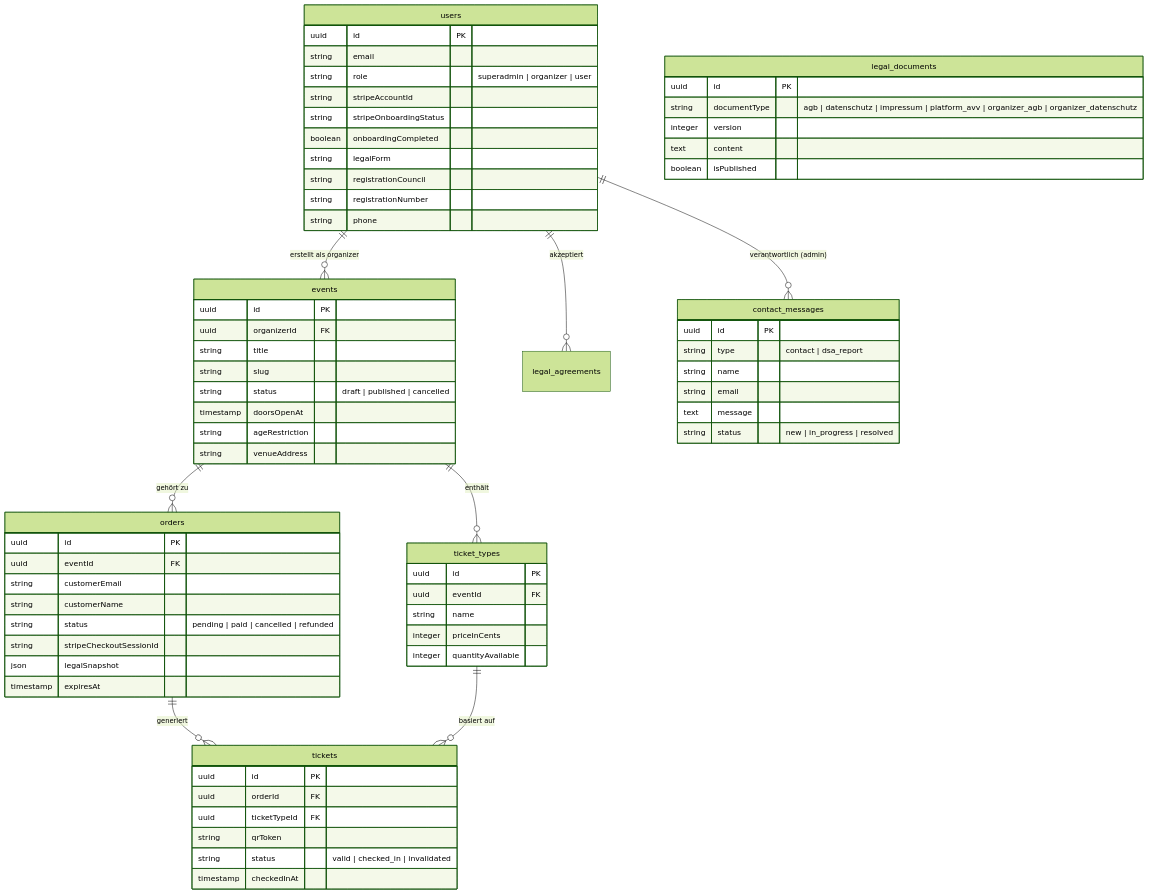
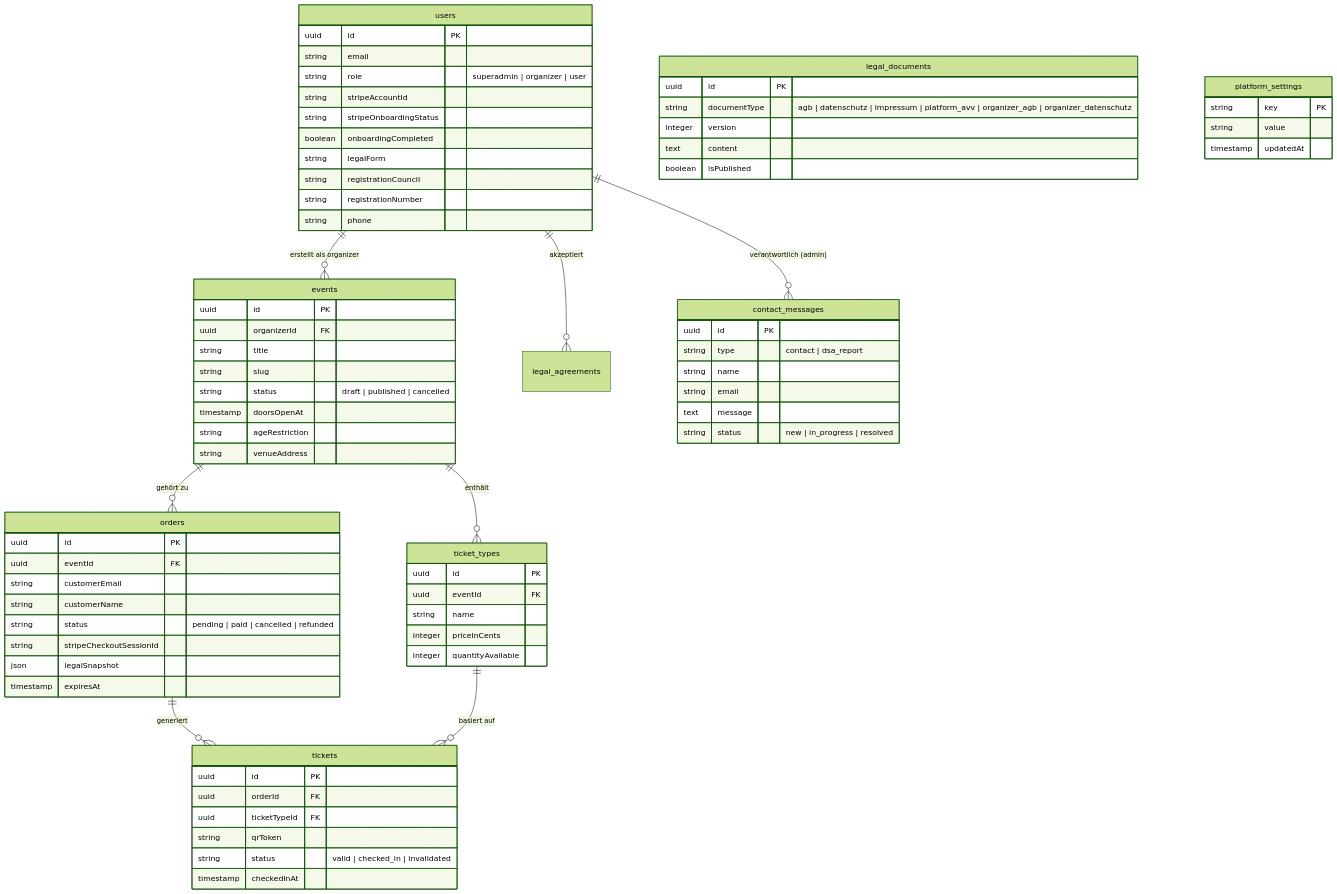
Before and after one commit to Tulleg/GateMate: the second of 2 diagrams in docs/ARCHITECTURE.md, drawn with Mermaid (forest theme). The commit also changed other lines of this file and 5 other files, not shown here.

````diff
--- a/docs/ARCHITECTURE.md
+++ b/docs/ARCHITECTURE.md
@@ -117,4 +117,10 @@
         text message
         string status "new | in_progress | resolved"
     }
+
+    platform_settings {
+        string key PK
+        string value
+        timestamp updatedAt
+    }
 ```
````
